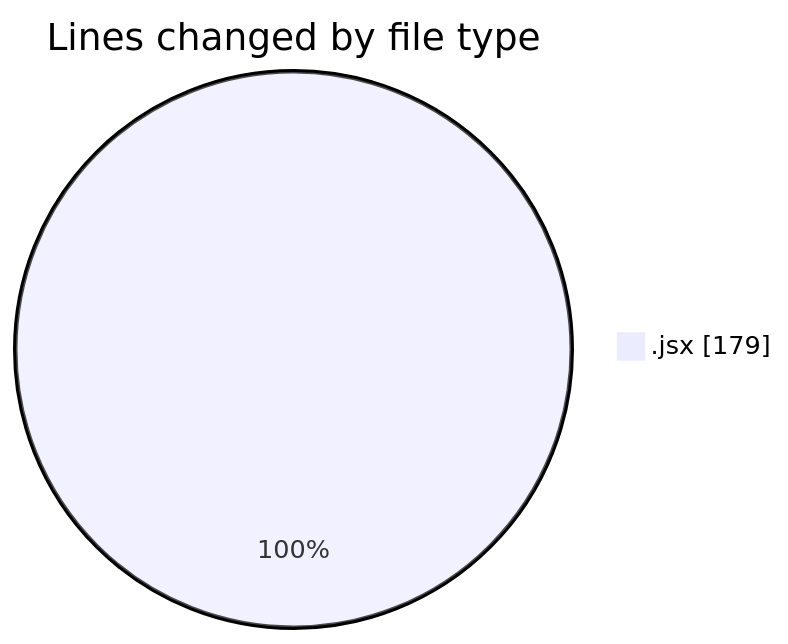
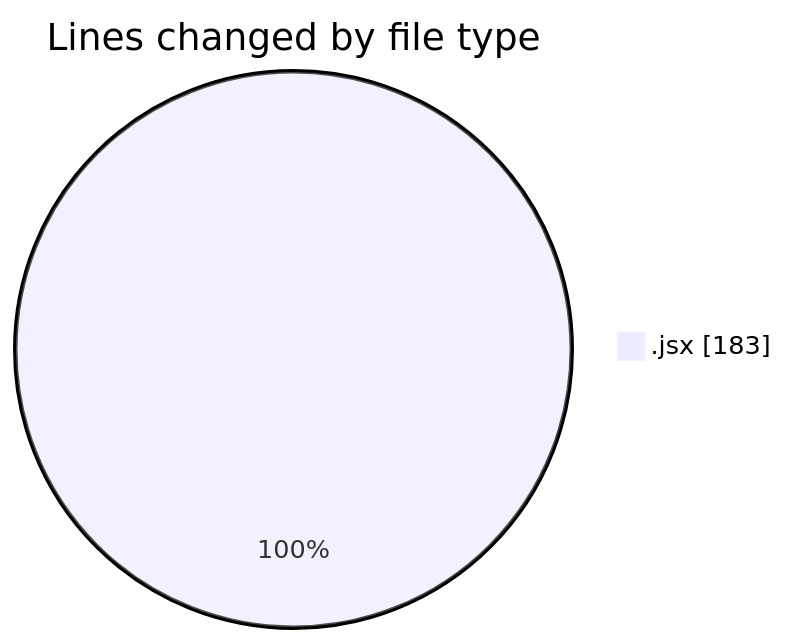
The first of 2 diagrams in 2026-02-12/cda/README.md (momahboobian/code-tracking), drawn with Mermaid before and after one commit. The commit also changed other lines of this file and 1 other file, not shown here.

````diff
--- a/2026-02-12/cda/README.md
+++ b/2026-02-12/cda/README.md
@@ -21,5 +21,5 @@
 ```mermaid
 pie showData
 title Lines changed by file type
-".jsx" : 179
+".jsx" : 183
 ```
````
